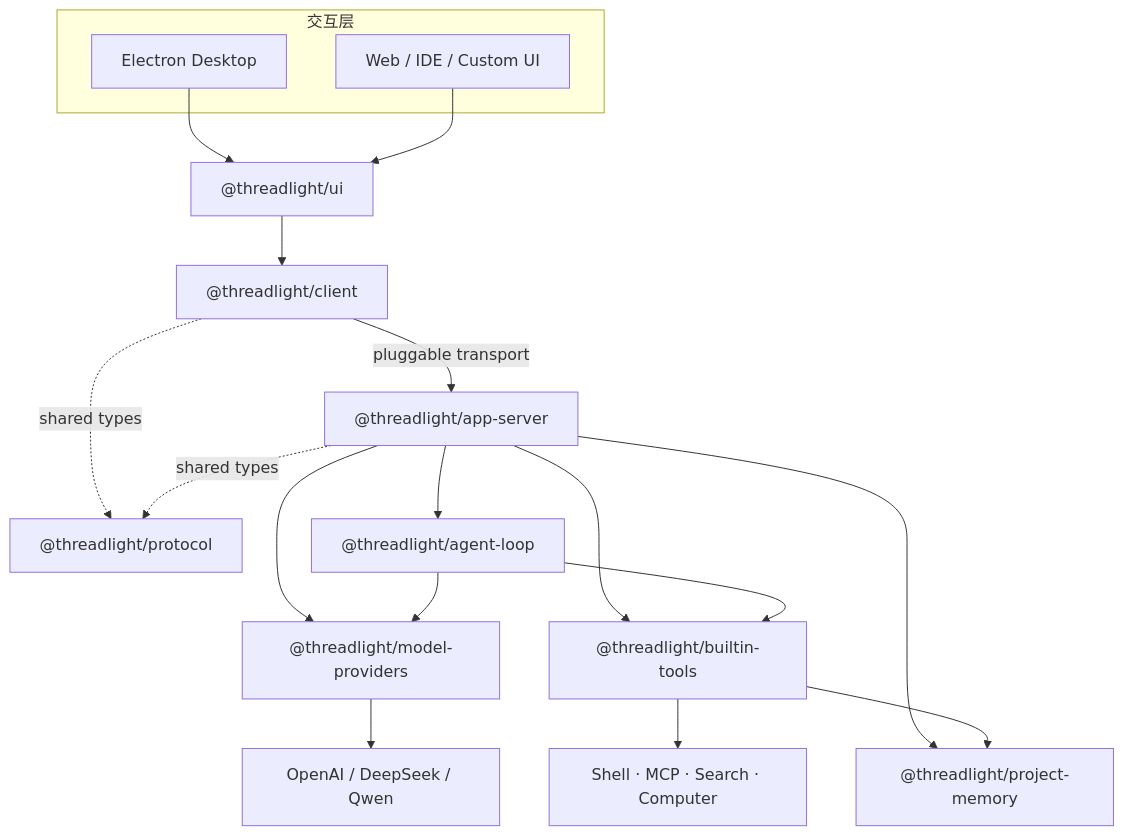
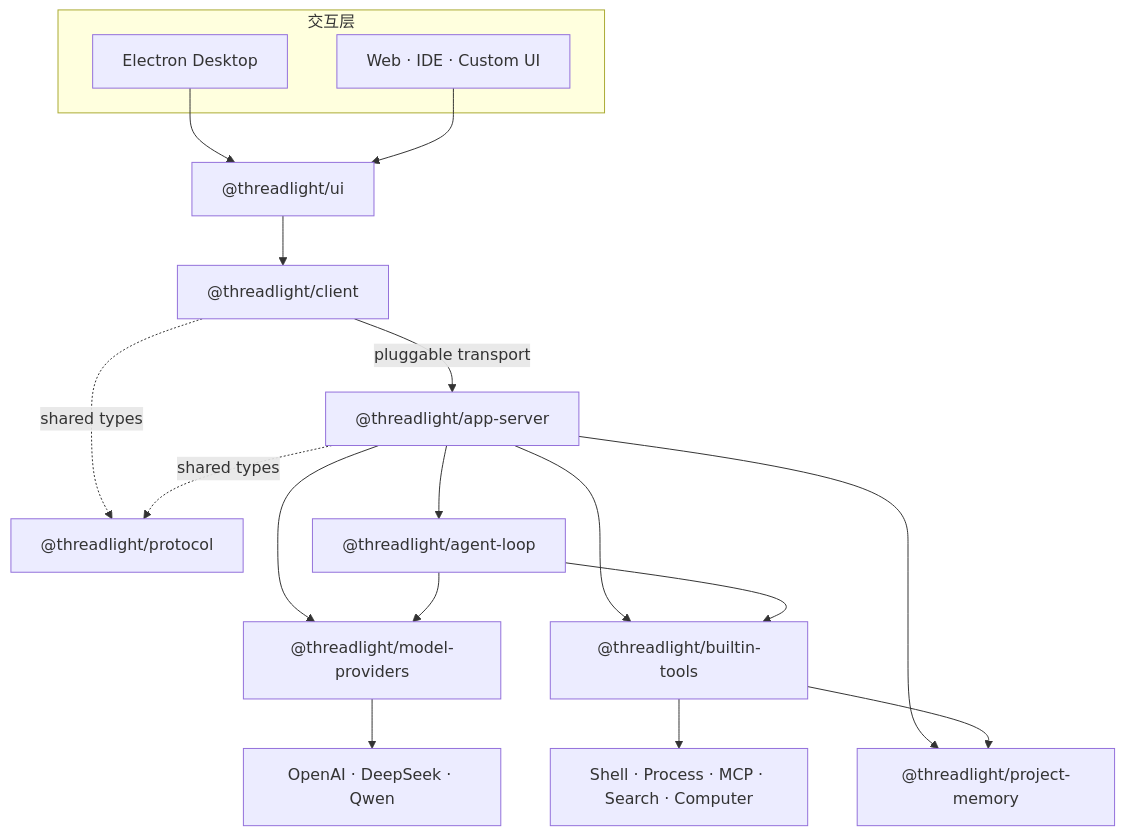
Before and after one commit to nagisa77/threadlight: the diagram in README.md, drawn with Mermaid. The commit also changed other lines of this file and 26 other files, not shown here.

````diff
--- a/README.md
+++ b/README.md
@@ -77,34 +96,34 @@
 ```mermaid
 flowchart TB
     subgraph Surfaces["交互层"]
         Desktop["Electron Desktop"]
-        Web["Web / IDE / Custom UI"]
+        Other["Web · IDE · Custom UI"]
     end
 
     UI["@threadlight/ui"]
     Client["@threadlight/client"]
     Protocol["@threadlight/protocol"]
     Server["@threadlight/app-server"]
     Loop["@threadlight/agent-loop"]
     Providers["@threadlight/model-providers"]
     Tools["@threadlight/builtin-tools"]
     Memory["@threadlight/project-memory"]
-    Models["OpenAI / DeepSeek / Qwen"]
-    Runtime["Shell · MCP · Search · Computer"]
+    Models["OpenAI · DeepSeek · Qwen"]
+    Runtime["Shell · Process · MCP · Search · Computer"]
 
     Desktop --> UI
-    Web --> UI
+    Other --> UI
     UI --> Client
     Client -->|"pluggable transport"| Server
     Client -. "shared types" .-> Protocol
     Server -. "shared types" .-> Protocol
     Server --> Loop
     Server --> Providers
     Server --> Tools
     Server --> Memory
-    Providers --> Models
     Loop --> Providers
     Loop --> Tools
+    Providers --> Models
     Tools --> Runtime
     Tools --> Memory
 ```
````
